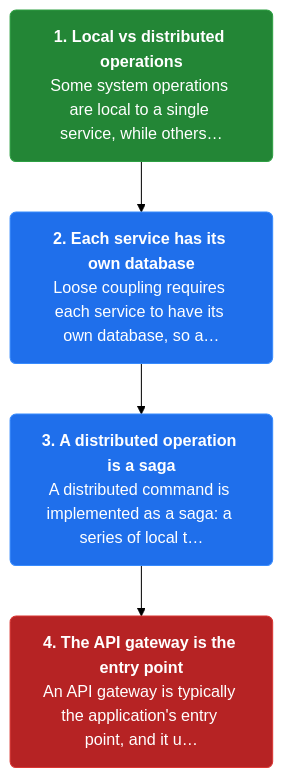
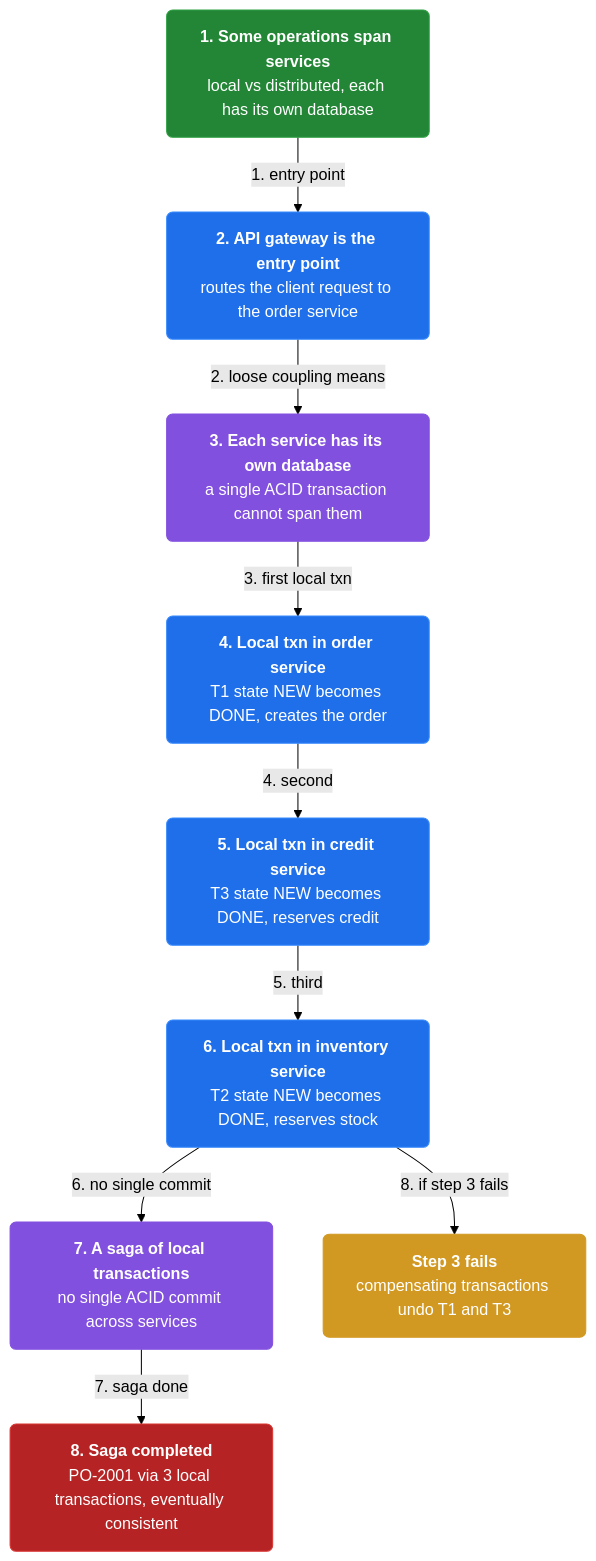
The third of 4 diagrams in docs/ch02-microservice-architecture.md (vinayakuber/microservices-io-study-guide), drawn with Mermaid (forest theme) before and after one commit. The commit also changed other lines of this file and 46 other files, not shown here.

First line of the commit message:
Author rich branching flow diagrams for all 44 chapters

````diff
--- a/docs/ch02-microservice-architecture.md
+++ b/docs/ch02-microservice-architecture.md
@@ -100,13 +116,25 @@
 ```mermaid
 flowchart TD
-  classDef step fill:#1f6feb,color:#ffffff,stroke:#388bfd,stroke-width:1px,rx:6
+  classDef step fill:#1f6feb,color:#ffffff,stroke:#388bfd,rx:6
+  classDef core fill:#8250df,color:#ffffff,stroke:#8250df,rx:6
+  classDef warn fill:#d29922,color:#ffffff,stroke:#d29922,rx:6
   classDef start fill:#238636,color:#ffffff,stroke:#2ea043,rx:6
   classDef stop fill:#b62324,color:#ffffff,stroke:#da3633,rx:6
-  s2n0["<b>1. Local vs distributed operations</b><br/>Some system operations are local to a single service, while others…"]:::start
-  s2n1["<b>2. Each service has its own database</b><br/>Loose coupling requires each service to have its own database, so a…"]:::step
-  s2n2["<b>3. A distributed operation is a saga</b><br/>A distributed command is implemented as a saga: a series of local t…"]:::step
-  s2n3["<b>4. The API gateway is the entry point</b><br/>An API gateway is typically the application's entry point, and it u…"]:::stop
-  s2n0 --> s2n1
-  s2n1 --> s2n2
-  s2n2 --> s2n3
+  n0["<b>1. Some operations span services</b><br/>local vs distributed, each has its own database"]:::start
+  n1["<b>2. API gateway is the entry point</b><br/>routes the client request to the order service"]:::step
+  n2["<b>3. Each service has its own database</b><br/>a single ACID transaction cannot span them"]:::core
+  n3["<b>4. Local txn in order service</b><br/>T1 state NEW becomes DONE, creates the order"]:::step
+  n4["<b>5. Local txn in credit service</b><br/>T3 state NEW becomes DONE, reserves credit"]:::step
+  n5["<b>6. Local txn in inventory service</b><br/>T2 state NEW becomes DONE, reserves stock"]:::step
+  n6["<b>7. A saga of local transactions</b><br/>no single ACID commit across services"]:::core
+  n7["<b>8. Saga completed</b><br/>PO-2001 via 3 local transactions, eventually consistent"]:::stop
+  n8["<b>Step 3 fails</b><br/>compensating transactions undo T1 and T3"]:::warn
+  n0 -->|"1. entry point"| n1
+  n1 -->|"2. loose coupling means"| n2
+  n2 -->|"3. first local txn"| n3
+  n3 -->|"4. second"| n4
+  n4 -->|"5. third"| n5
+  n5 -->|"6. no single commit"| n6
+  n6 -->|"7. saga done"| n7
+  n5 -->|"8. if step 3 fails"| n8
 ```
````
